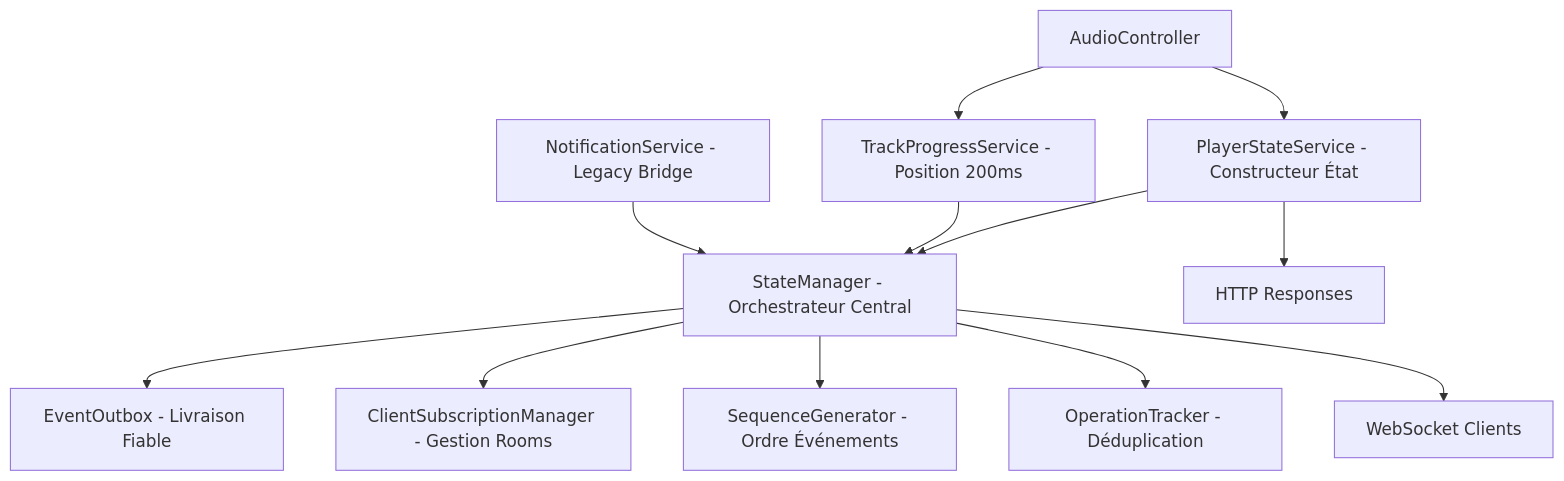
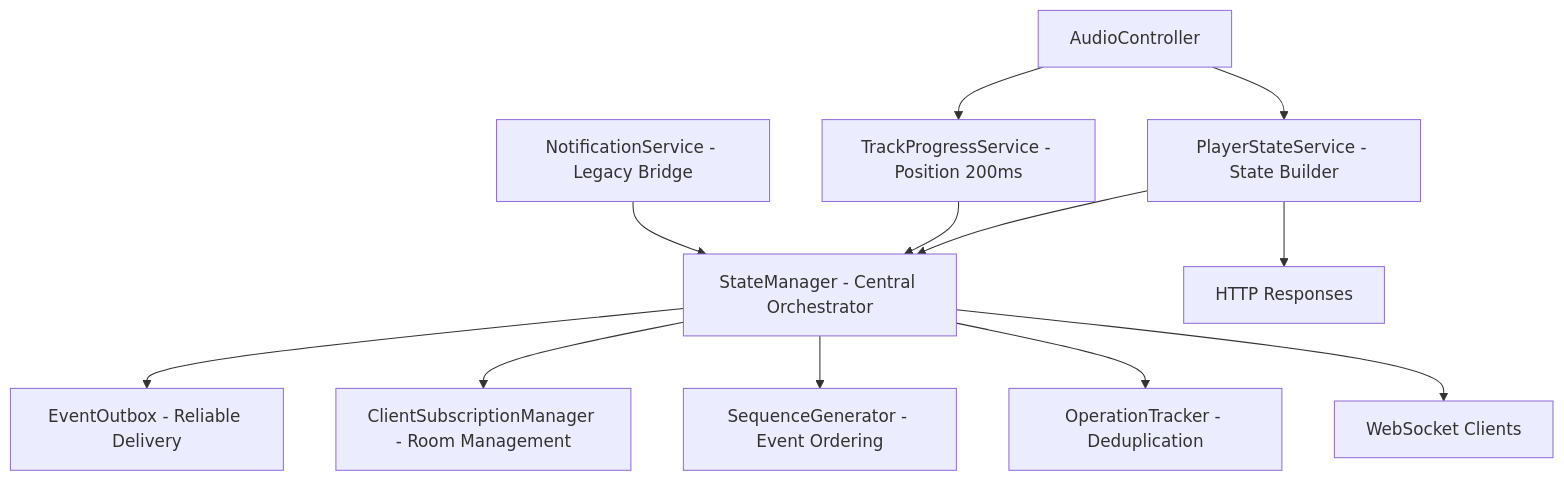
The first of 5 diagrams in docs/guides/backend-services-architecture.md (The-Open-Music-Box/raspberrypi-firmware), drawn with Mermaid before and after one commit. The commit also changed other lines of this file and 29 other files, not shown here.

````diff
--- a/docs/guides/backend-services-architecture.md
+++ b/docs/guides/backend-services-architecture.md
@@ -11,17 +19,17 @@
 ```mermaid
 graph TD
-    A[StateManager - Orchestrateur Central] --> B[EventOutbox - Livraison Fiable]
-    A --> C[ClientSubscriptionManager - Gestion Rooms]
-    A --> D[SequenceGenerator - Ordre Événements]
-    A --> E[OperationTracker - Déduplication]
+    A[StateManager - Central Orchestrator] --> B[EventOutbox - Reliable Delivery]
+    A --> C[ClientSubscriptionManager - Room Management]
+    A --> D[SequenceGenerator - Event Ordering]
+    A --> E[OperationTracker - Deduplication]
 
-    F[PlayerStateService - Constructeur État] --> A
+    F[PlayerStateService - State Builder] --> A
     G[TrackProgressService - Position 200ms] --> A
     H[NotificationService - Legacy Bridge] --> A
 
     I[AudioController] --> F
     I --> G
 
     A --> J[WebSocket Clients]
     F --> K[HTTP Responses]
 ```
````
